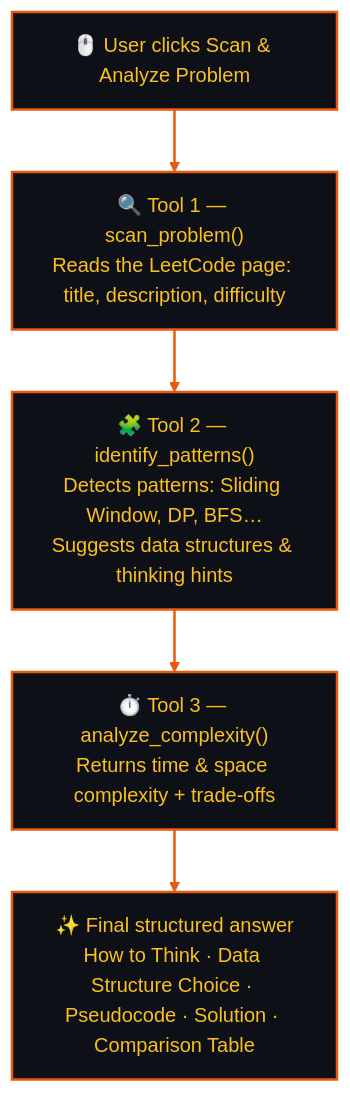
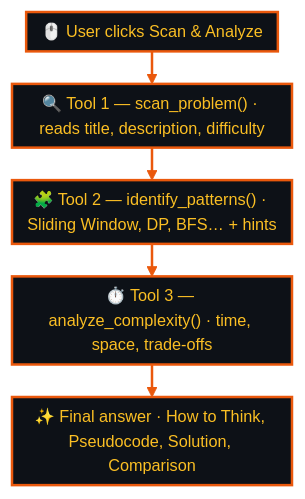
One commit to SIDDHIK-355/S3-Coding-with-AI-Agent changed the diagram in README.md. Above: the diagram before and after it, drawn with Mermaid.

Commit message:
Compact the agent flow diagram

````diff
--- a/README.md
+++ b/README.md
@@ -46,15 +46,16 @@
 ```mermaid
+%%{init: {"themeVariables": {"fontSize": "13px"}, "flowchart": {"rankSpacing": 26, "nodeSpacing": 30, "padding": 6}}}%%
 flowchart TD
-    A["🖱️ User clicks Scan &amp; Analyze Problem"]
-    B["🔍 Tool 1 — scan_problem()<br/>Reads the LeetCode page: title, description, difficulty"]
-    C["🧩 Tool 2 — identify_patterns()<br/>Detects patterns: Sliding Window, DP, BFS…<br/>Suggests data structures &amp; thinking hints"]
-    D["⏱️ Tool 3 — analyze_complexity()<br/>Returns time &amp; space complexity + trade-offs"]
-    E["✨ Final structured answer<br/>How to Think · Data Structure Choice · Pseudocode · Solution · Comparison Table"]
+    A["🖱️ User clicks Scan &amp; Analyze"]
+    B["🔍 Tool 1 — scan_problem() · reads title, description, difficulty"]
+    C["🧩 Tool 2 — identify_patterns() · Sliding Window, DP, BFS… + hints"]
+    D["⏱️ Tool 3 — analyze_complexity() · time, space, trade-offs"]
+    E["✨ Final answer · How to Think, Pseudocode, Solution, Comparison"]
 
     A --> B --> C --> D --> E
 
     classDef step fill:#0d1117,stroke:#ea580c,stroke-width:2px,color:#fbbf24
 
     class A,B,C,D,E step
     linkStyle default stroke:#ea580c,stroke-width:2px
 ```
````
